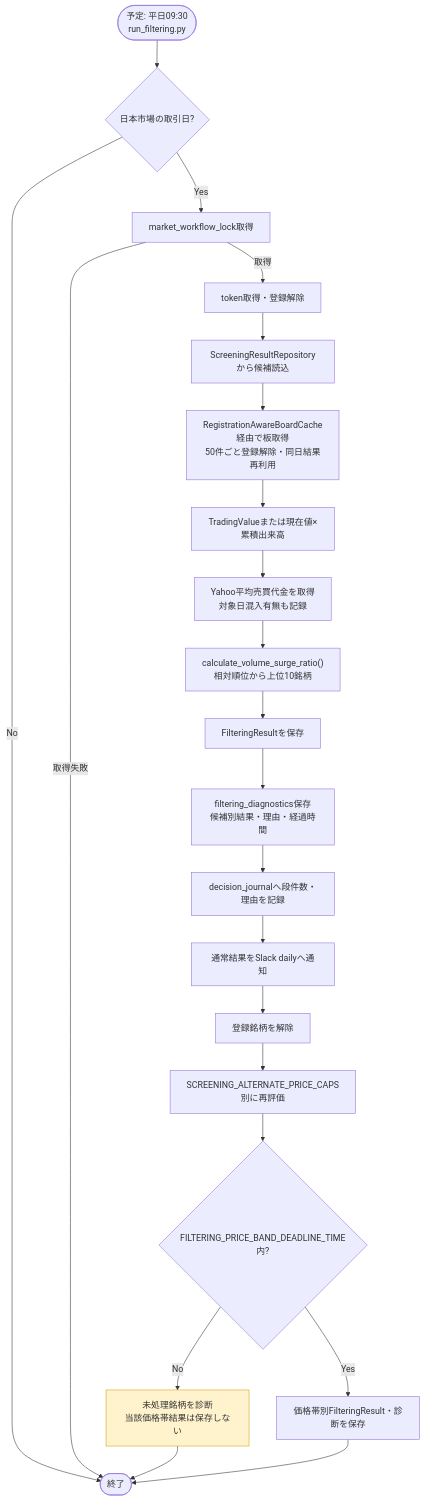
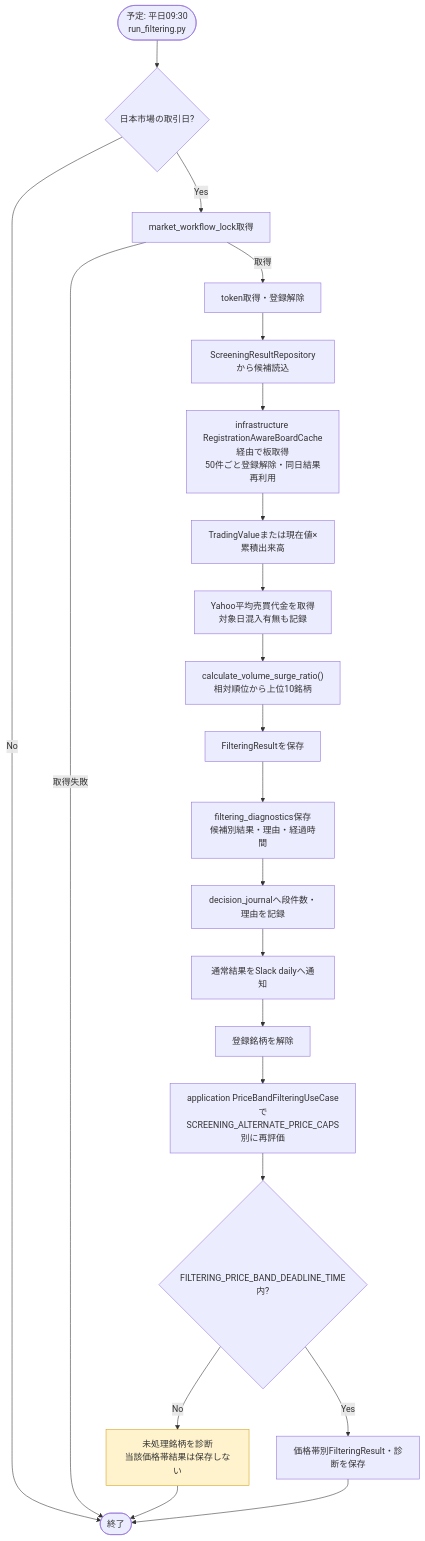
Before and after one commit to kiyoto-aizu/trade-pjoject: the diagram in docs/detail_design/02-filtering-flow.mermaid, drawn with Mermaid. The commit also changed 9 other files, not shown here.

Commit message:
refactor(filtering): move price band flow to use case

```diff
--- a/docs/detail_design/02-filtering-flow.mermaid
+++ b/docs/detail_design/02-filtering-flow.mermaid
@@ -1,24 +1,24 @@
 flowchart TD
     Start(["予定: 平日09:30<br/>run_filtering.py"]) --> Day{"日本市場の取引日?"}
     Day -->|No| End(["終了"])
     Day -->|Yes| Lock["market_workflow_lock取得"]
     Lock -->|取得失敗| End
     Lock -->|取得| Token["token取得・登録解除"]
     Token --> Input["ScreeningResultRepositoryから候補読込"]
-    Input --> Board["RegistrationAwareBoardCache経由で板取得<br/>50件ごと登録解除・同日結果再利用"]
+    Input --> Board["infrastructure RegistrationAwareBoardCache経由で板取得<br/>50件ごと登録解除・同日結果再利用"]
     Board --> Value["TradingValueまたは現在値×累積出来高"]
     Value --> Average["Yahoo平均売買代金を取得<br/>対象日混入有無も記録"]
     Average --> Score["calculate_volume_surge_ratio()<br/>相対順位から上位10銘柄"]
     Score --> Result["FilteringResultを保存"]
     Result --> Diagnostic["filtering_diagnostics保存<br/>候補別結果・理由・経過時間"]
     Diagnostic --> Journal["decision_journalへ段件数・理由を記録"]
     Journal --> Notify["通常結果をSlack dailyへ通知"]
     Notify --> Clear["登録銘柄を解除"]
-    Clear --> Bands["SCREENING_ALTERNATE_PRICE_CAPS別に再評価"]
+    Clear --> Bands["application PriceBandFilteringUseCaseで<br/>SCREENING_ALTERNATE_PRICE_CAPS別に再評価"]
     Bands --> Deadline{"FILTERING_PRICE_BAND_DEADLINE_TIME内?"}
     Deadline -->|No| Partial["未処理銘柄を診断<br/>当該価格帯結果は保存しない"]
     Deadline -->|Yes| BandSave["価格帯別FilteringResult・診断を保存"]
     Partial --> End
     BandSave --> End
 
     style Partial fill:#fff3cd,stroke:#d4a017
```
